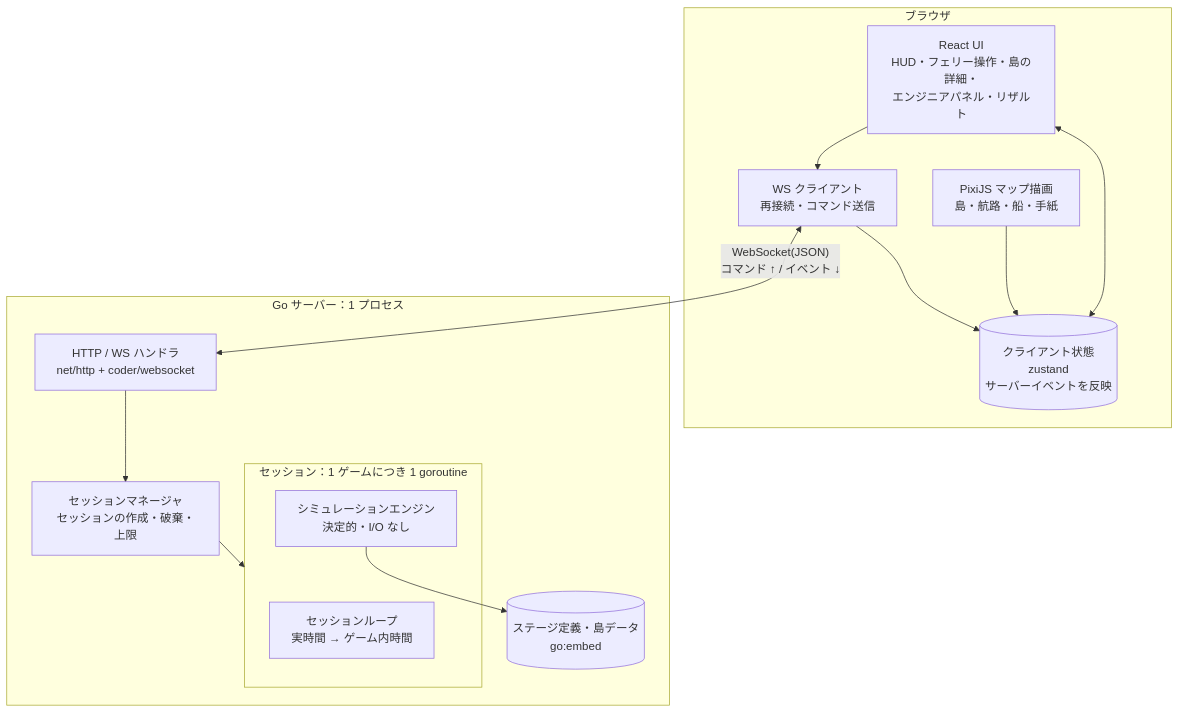
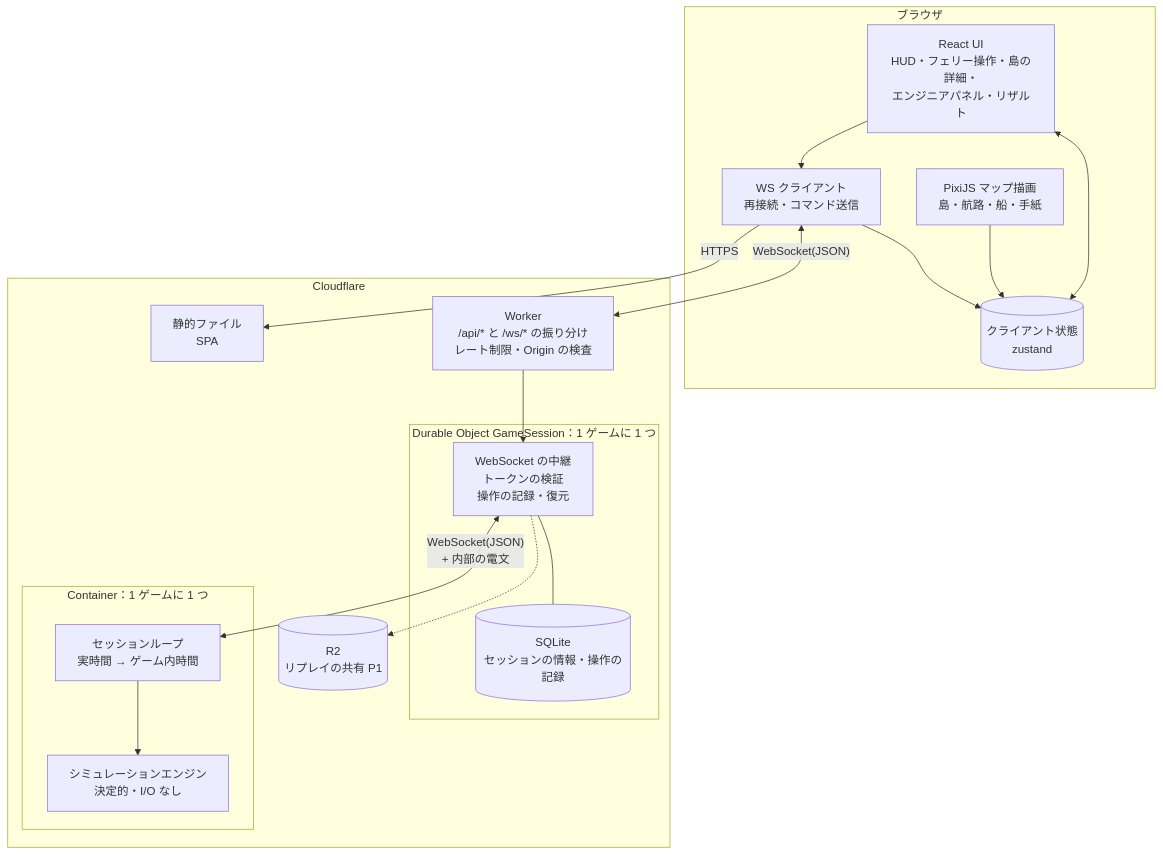
One commit to K-Kizuku/raft-game changed the second of 9 diagrams in docs/02-architecture.md. Above: the diagram before and after it, drawn with Mermaid. The commit also changed other lines of this file and 30 other files, not shown here.

````diff
--- a/docs/02-architecture.md
+++ b/docs/02-architecture.md
@@ -44,27 +48,35 @@
 ```mermaid
 flowchart TB
     subgraph browser[ブラウザ]
         ui[React UI<br/>HUD・フェリー操作・島の詳細・<br/>エンジニアパネル・リザルト]
         pixi[PixiJS マップ描画<br/>島・航路・船・手紙]
-        store[(クライアント状態<br/>zustand<br/>サーバーイベントを反映)]
+        store[(クライアント状態<br/>zustand)]
         net[WS クライアント<br/>再接続・コマンド送信]
         ui <--> store
         pixi --> store
         ui --> net
         net --> store
     end
 
-    subgraph server[Go サーバー：1 プロセス]
-        http[HTTP / WS ハンドラ<br/>net/http + coder/websocket]
-        sm[セッションマネージャ<br/>セッションの作成・破棄・上限]
-        subgraph session[セッション：1 ゲームにつき 1 goroutine]
+    subgraph cf[Cloudflare]
+        assets[静的ファイル<br/>SPA]
+        worker[Worker<br/>/api/* と /ws/* の振り分け<br/>レート制限・Origin の検査]
+        subgraph dobox[Durable Object GameSession：1 ゲームに 1 つ]
+            dobj[WebSocket の中継<br/>トークンの検証<br/>操作の記録・復元]
+            sqlite[(SQLite<br/>セッションの情報・操作の記録)]
+            dobj --- sqlite
+        end
+        subgraph ctr[Container：1 ゲームに 1 つ]
             loop[セッションループ<br/>実時間 → ゲーム内時間]
             sim[シミュレーションエンジン<br/>決定的・I/O なし]
+            loop --> sim
         end
-        stages[(ステージ定義・島データ<br/>go:embed)]
-        http --> sm --> session
-        sim --> stages
+        r2[(R2<br/>リプレイの共有 P1)]
     end
 
-    net <-- "WebSocket(JSON)<br/>コマンド ↑ / イベント ↓" --> http
+    net -- HTTPS --> assets
+    net <-- "WebSocket(JSON)" --> worker
+    worker --> dobj
+    dobj <-- "WebSocket(JSON)<br/>+ 内部の電文" --> loop
+    dobj -.-> r2
 ```
````
